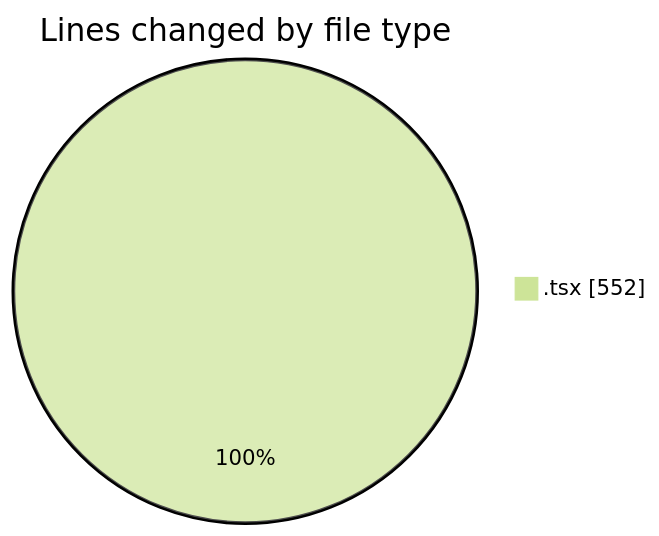
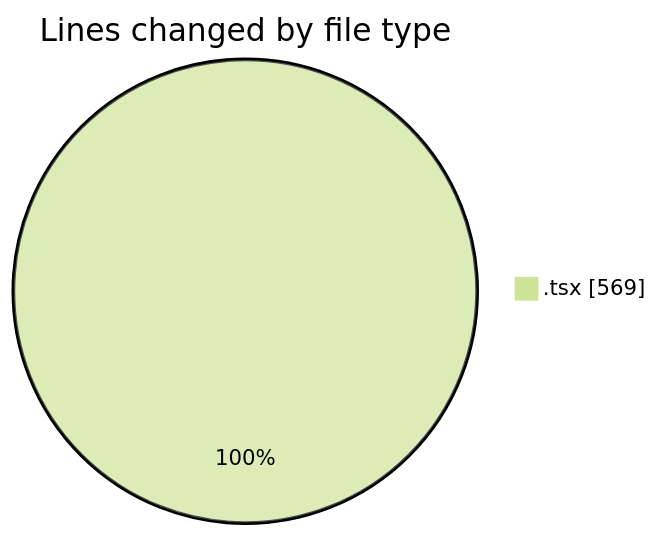
One commit to momahboobian/code-tracking changed the first of 2 diagrams in 2025-04-11/cda/README.md. Above: the diagram before and after it, drawn with Mermaid (forest theme). The commit also changed other lines of this file and 1 other file, not shown here.

````diff
--- a/2025-04-11/cda/README.md
+++ b/2025-04-11/cda/README.md
@@ -20,5 +20,5 @@
 ```mermaid
 pie showData
 title Lines changed by file type
-".tsx" : 552
+".tsx" : 569
 ```
````
